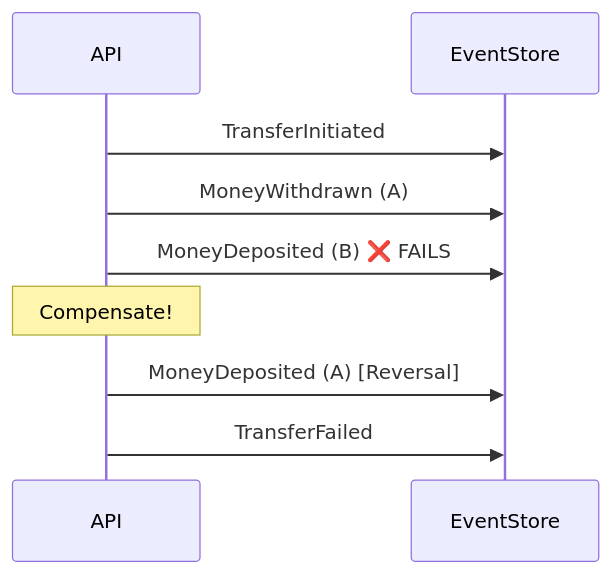
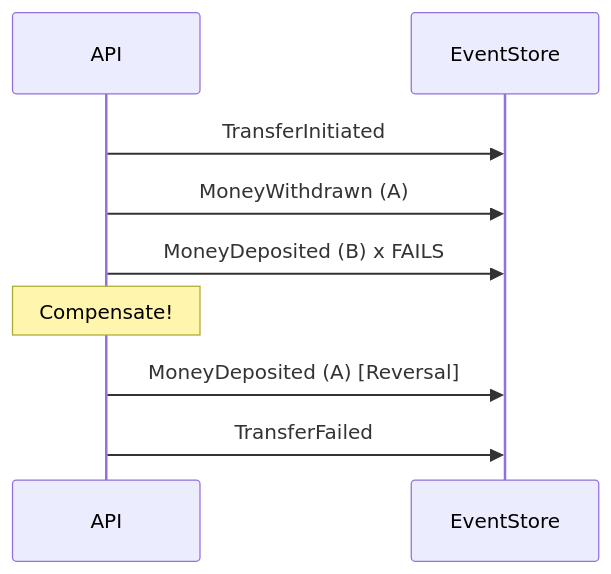
The third of 3 diagrams in README.md (Khin-96/financial-ledger-service), drawn with Mermaid before and after one commit. The commit also changed 1 other file, not shown here.

````diff
--- a/README.md
+++ b/README.md
@@ -171,14 +171,14 @@
 ```mermaid
 sequenceDiagram
     participant API
     participant EventStore
     
     API->>EventStore: TransferInitiated
     API->>EventStore: MoneyWithdrawn (A)
-    API->>EventStore: MoneyDeposited (B) ❌ FAILS
+    API->>EventStore: MoneyDeposited (B) x FAILS
     
     Note over API: Compensate!
     
     API->>EventStore: MoneyDeposited (A) [Reversal]
     API->>EventStore: TransferFailed
 ```
````
